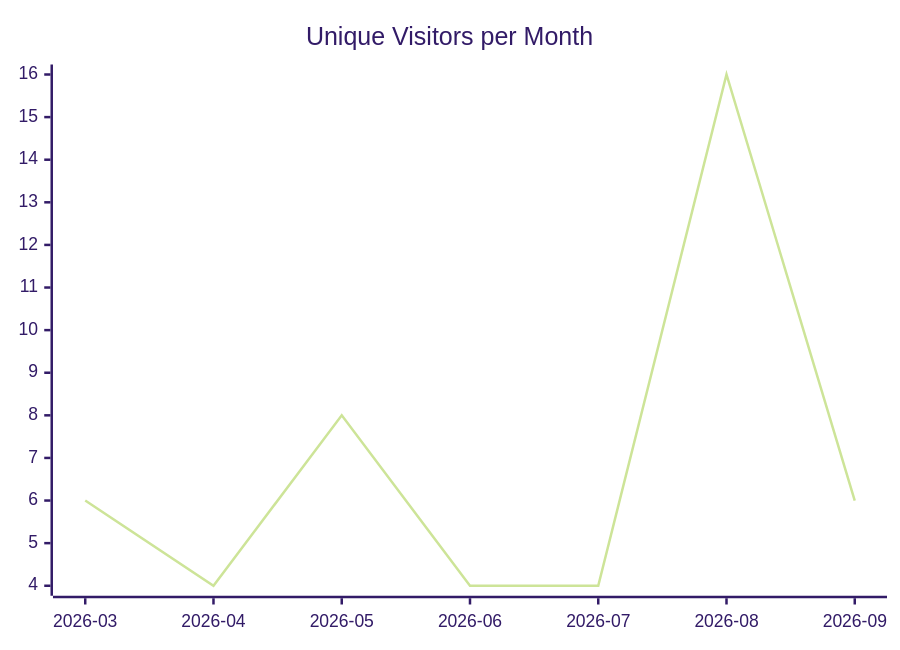
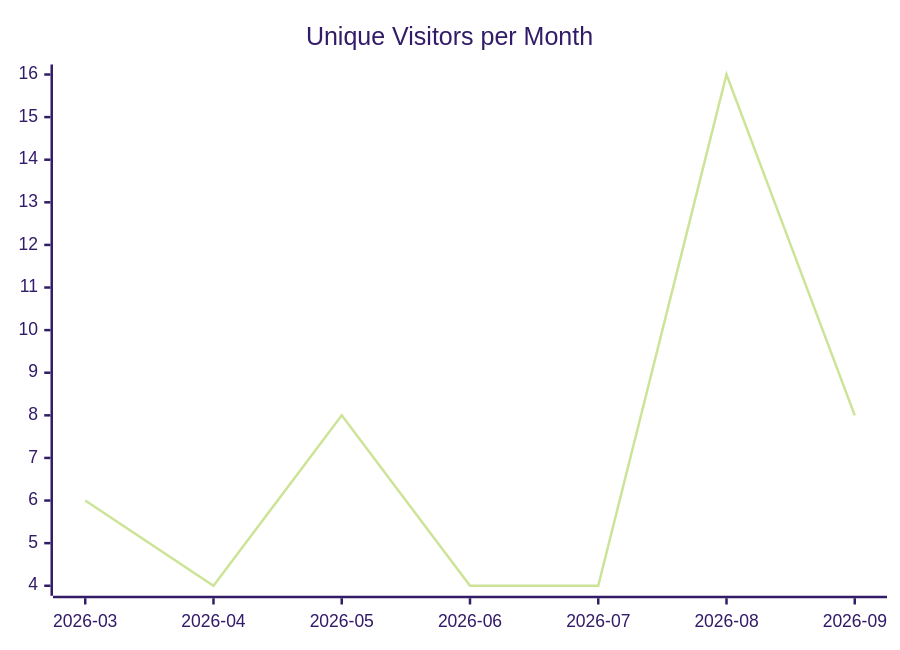
Before and after one commit to justdavis-family/github-analytics-data: the first of 3 diagrams in karlmdavis/xmlpull/README.md, drawn with Mermaid (forest theme). The commit also changed other lines of this file and 187 other files, not shown here.

````diff
--- a/karlmdavis/xmlpull/README.md
+++ b/karlmdavis/xmlpull/README.md
@@ -5,6 +5,6 @@
 ```mermaid
 xychart-beta
   title "Unique Visitors per Month"
   x-axis ["2026-03", "2026-04", "2026-05", "2026-06", "2026-07", "2026-08", "2026-09"]
-  line [6, 4, 8, 4, 4, 16, 6]
+  line [6, 4, 8, 4, 4, 16, 8]
 ```
````
